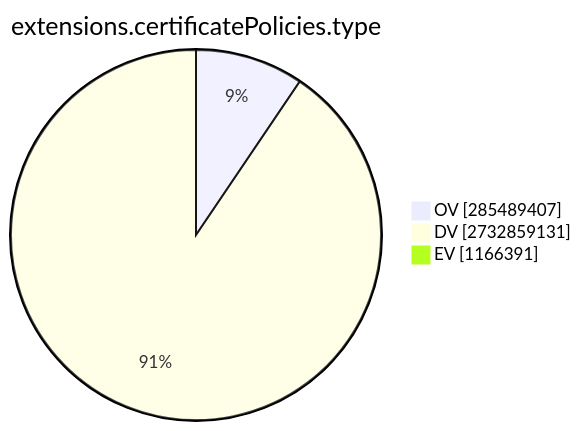
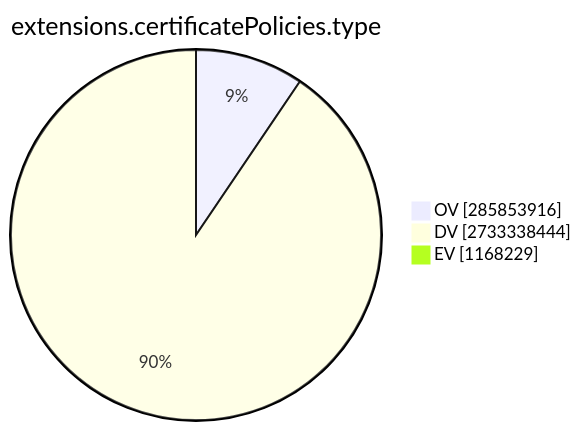
Before and after one commit to christiankrug/ctmonitor_visualization: the ninth of 15 diagrams in TOTAL/README.md, drawn with Mermaid. The commit also changed other lines of this file, not shown here.

````diff
--- a/TOTAL/README.md
+++ b/TOTAL/README.md
@@ -3086,7 +3089,7 @@
 ```mermaid
 pie showData
 title extensions.certificatePolicies.type
-"OV" :285489407
-"DV" :2732859131
-"EV" :1166391
+"OV" :285853916
+"DV" :2733338444
+"EV" :1168229
 ```
````
